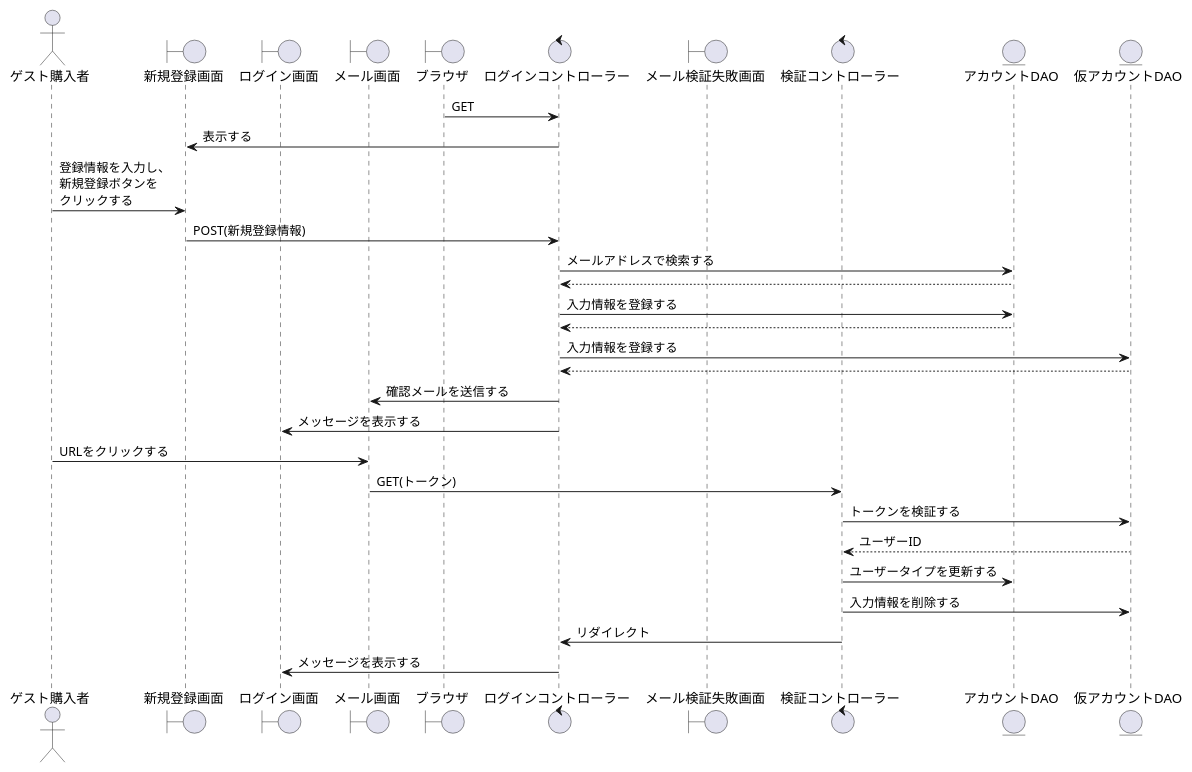
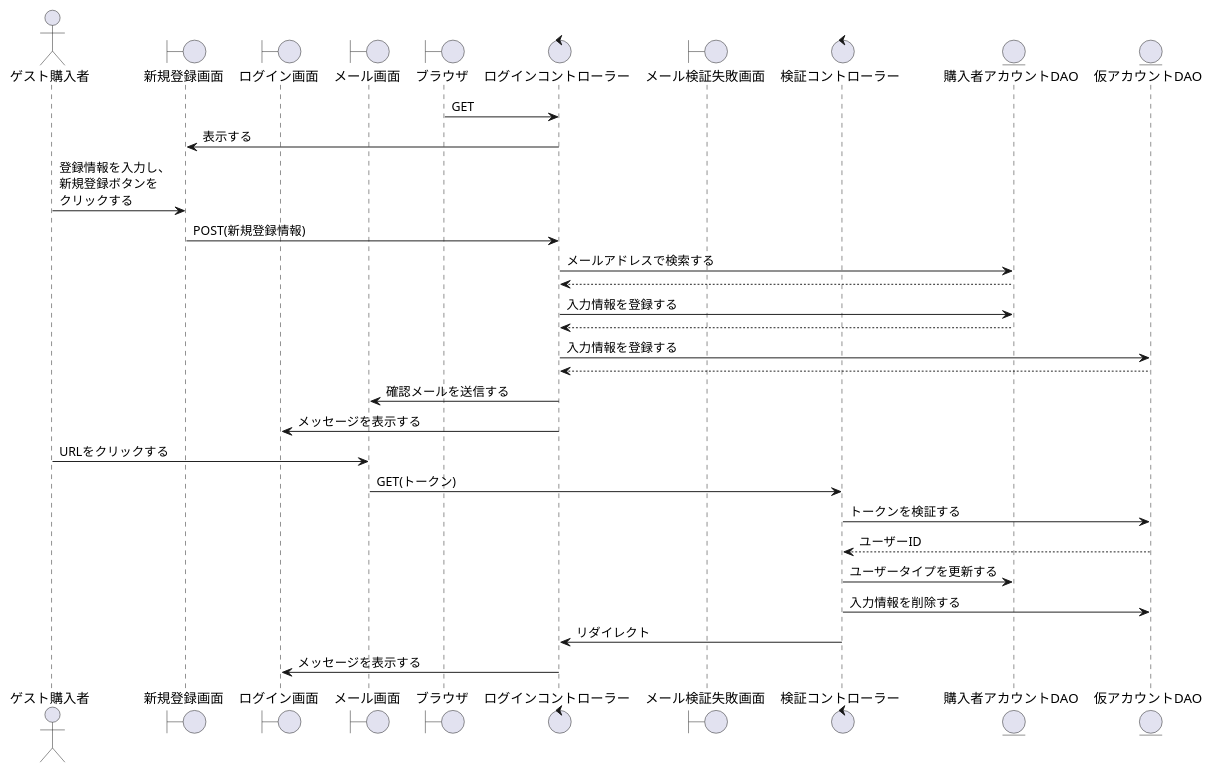
The diagram in PJ_シーケンス/購入者/新規登録.wsd (SK-B-S/PJ), drawn with PlantUML before and after one commit. The commit also changed 6 other files, not shown here.

```diff
--- a/PJ_シーケンス/購入者/新規登録.wsd
+++ b/PJ_シーケンス/購入者/新規登録.wsd
@@ -1,38 +1,38 @@
 @startuml 新規登録
 
 actor    "ゲスト購入者" as account
 boundary "新規登録画面" as new_registration
 boundary "ログイン画面" as login
 boundary "メール画面" as mail
 boundary "ブラウザ" as brz
 control  "ログインコントローラー" as login_c
 boundary "メール検証失敗画面" as mail_fail
 control  "検証コントローラー" as verification_c
-entity   "アカウントDAO" as account_db
+entity   "購入者アカウントDAO" as account_db
 entity   "仮アカウントDAO" as account_db_provisional
 
 
 '------------------------------------------------------------------------------------
 
 brz -> login_c : GET
 new_registration <- login_c : 表示する
 account -> new_registration: 登録情報を入力し、\n新規登録ボタンを\nクリックする
 new_registration-> login_c: POST(新規登録情報)
 login_c -> account_db: メールアドレスで検索する
 login_c <-- account_db
 login_c -> account_db : 入力情報を登録する
 account_db-->login_c
 login_c -> account_db_provisional : 入力情報を登録する
 account_db_provisional-->login_c
 login_c -> mail : 確認メールを送信する
 login_c -> login : メッセージを表示する
 account -> mail : URLをクリックする
 mail -> verification_c : GET(トークン)
 verification_c -> account_db_provisional : トークンを検証する
 verification_c <-- account_db_provisional : ユーザーID
 verification_c -> account_db : ユーザータイプを更新する
 verification_c -> account_db_provisional : 入力情報を削除する
 verification_c -> login_c : リダイレクト
 login <- login_c : メッセージを表示する
 
 @enduml
```
